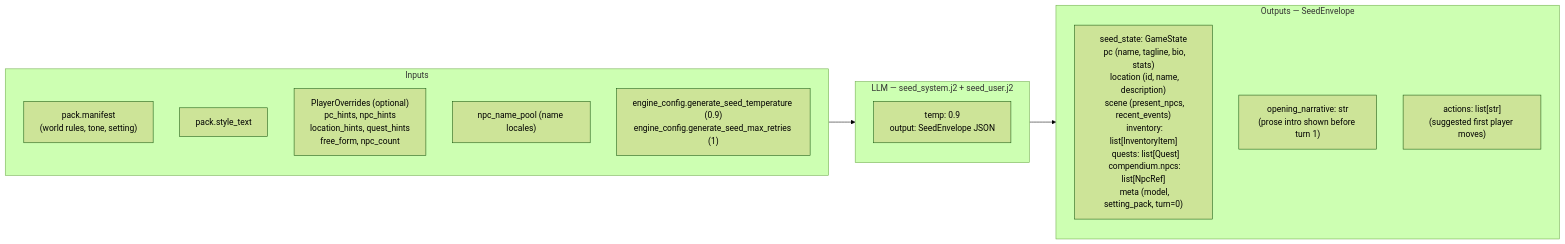
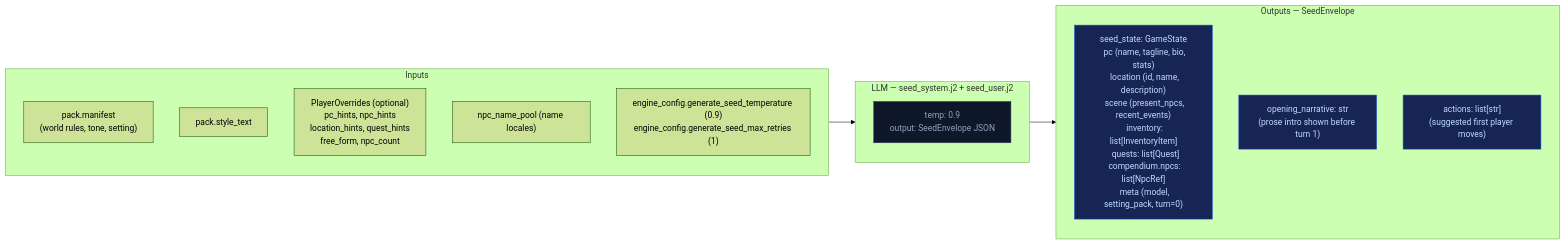
One commit to pww217/fablethread changed the tenth of 11 diagrams in ARCHITECTURE.md. Above: the diagram before and after it, drawn with Mermaid (forest theme). The commit also changed other lines of this file and 28 other files, not shown here.

````diff
--- a/ARCHITECTURE.md
+++ b/ARCHITECTURE.md
@@ -356,23 +402,26 @@
 ```mermaid
 flowchart LR
+    classDef llmNode fill:#0f172a,color:#94a3b8,stroke:#334155
+    classDef outNode fill:#172554,color:#bfdbfe,stroke:#1d4ed8
+
     subgraph IN["Inputs"]
         G1["pack.manifest<br>(world rules, tone, setting)"]
         G2["pack.style_text"]
         G3["PlayerOverrides (optional)<br>  pc_hints, npc_hints<br>  location_hints, quest_hints<br>  free_form, npc_count"]
         G4["npc_name_pool (name locales)"]
         G5["engine_config.generate_seed_temperature (0.9)<br>engine_config.generate_seed_max_retries (1)"]
     end
 
     subgraph LLM_GS["LLM — seed_system.j2 + seed_user.j2"]
-        GL["temp: 0.9<br>output: SeedEnvelope JSON"]
+        GL["temp: 0.9<br>output: SeedEnvelope JSON"]:::llmNode
     end
 
     subgraph OUT["Outputs — SeedEnvelope"]
-        O1["seed_state: GameState<br>  pc (name, tagline, bio, stats)<br>  location (id, name, description)<br>  scene (present_npcs, recent_events)<br>  inventory: list[InventoryItem]<br>  quests: list[Quest]<br>  compendium.npcs: list[NpcRef]<br>  meta (model, setting_pack, turn=0)"]
-        O2["opening_narrative: str<br>(prose intro shown before turn 1)"]
-        O3["actions: list[str]<br>(suggested first player moves)"]
+        O1["seed_state: GameState<br>  pc (name, tagline, bio, stats)<br>  location (id, name, description)<br>  scene (present_npcs, recent_events)<br>  inventory: list[InventoryItem]<br>  quests: list[Quest]<br>  compendium.npcs: list[NpcRef]<br>  meta (model, setting_pack, turn=0)"]:::outNode
+        O2["opening_narrative: str<br>(prose intro shown before turn 1)"]:::outNode
+        O3["actions: list[str]<br>(suggested first player moves)"]:::outNode
     end
 
     IN --> LLM_GS
     LLM_GS --> OUT
 ```
````
